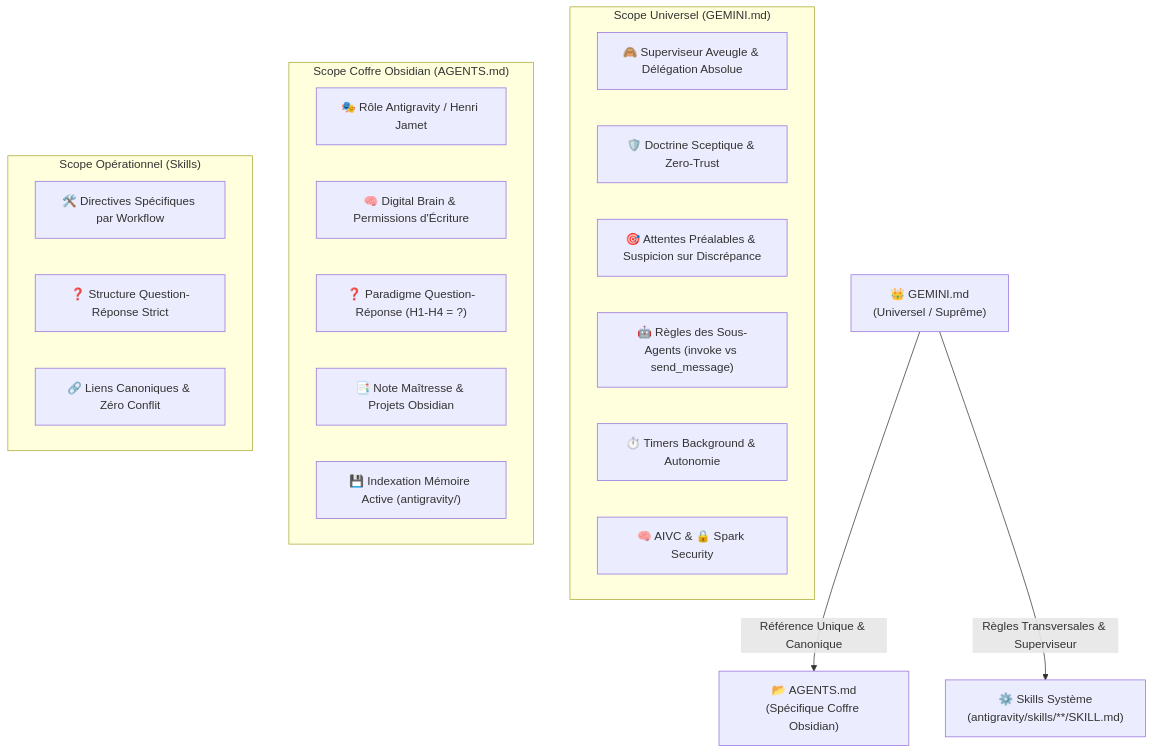
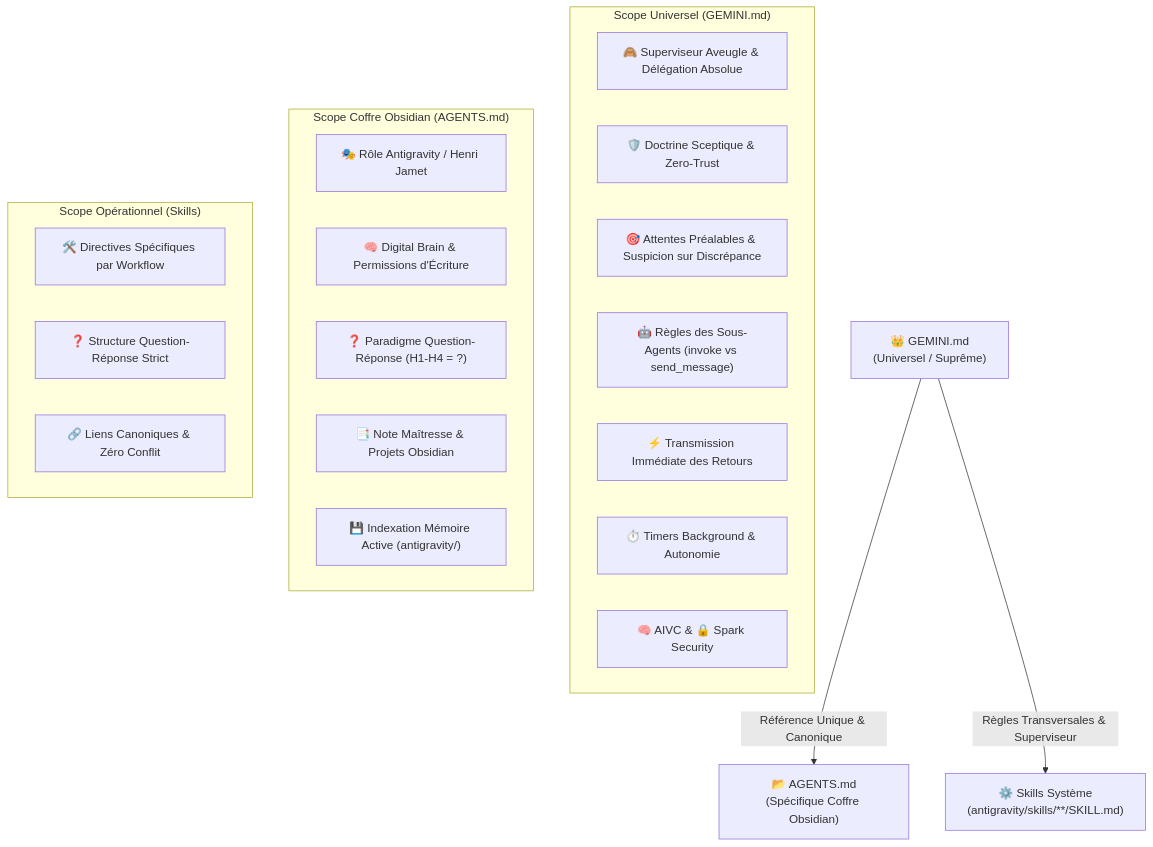
Before and after one commit to hjamet/cursor-memory-bank: the first of 2 diagrams in src/skills/reflect/SKILL.md, drawn with Mermaid. The commit also changed other lines of this file and 1 other file, not shown here.

Commit message:
docs(system): add immediate subagent return transmission rule (zero batch waiting)

````diff
--- a/src/skills/reflect/SKILL.md
+++ b/src/skills/reflect/SKILL.md
@@ -22,28 +23,29 @@
 ```mermaid
 graph TD
     A["👑 GEMINI.md<br/>(Universel / Suprême)"] -->|Référence Unique & Canonique| B["📂 AGENTS.md<br/>(Spécifique Coffre Obsidian)"]
     A -->|Règles Transversales & Superviseur| C["⚙️ Skills Système<br/>(antigravity/skills/**/SKILL.md)"]
     
     subgraph "Scope Universel (GEMINI.md)"
         A1["🙈 Superviseur Aveugle & Délégation Absolue"]
         A2["🛡️ Doctrine Sceptique & Zero-Trust"]
         A3["🎯 Attentes Préalables & Suspicion sur Discrépance"]
         A4["🤖 Règles des Sous-Agents (invoke vs send_message)"]
-        A5["⏱️ Timers Background & Autonomie"]
-        A6["🧠 AIVC & 🔒 Spark Security"]
+        A5["⚡ Transmission Immédiate des Retours"]
+        A6["⏱️ Timers Background & Autonomie"]
+        A7["🧠 AIVC & 🔒 Spark Security"]
     end
     
     subgraph "Scope Coffre Obsidian (AGENTS.md)"
         B1["🎭 Rôle Antigravity / Henri Jamet"]
         B2["🧠 Digital Brain & Permissions d'Écriture"]
         B3["❓ Paradigme Question-Réponse (H1-H4 = ?)"]
         B4["📑 Note Maîtresse & Projets Obsidian"]
         B5["💾 Indexation Mémoire Active (antigravity/)"]
     end
     
     subgraph "Scope Opérationnel (Skills)"
         C1["🛠️ Directives Spécifiques par Workflow"]
         C2["❓ Structure Question-Réponse Strict"]
         C3["🔗 Liens Canoniques & Zéro Conflit"]
     end
 ```
````
